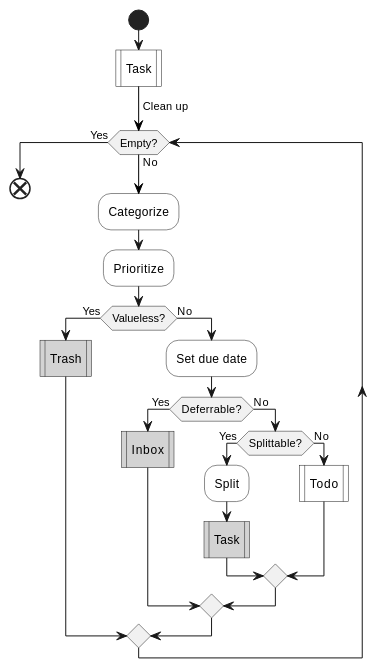
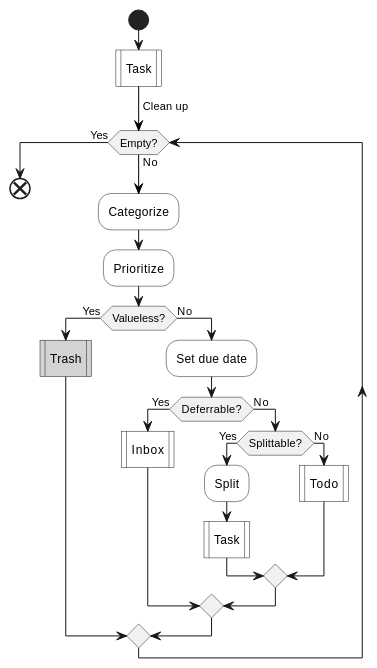
The second of 5 diagrams in lifelogs/rehabilitation.md (IceHe/icehe-lib), drawn with PlantUML before and after one commit. The commit also changed other lines of this file, not shown here.

````diff
--- a/lifelogs/rehabilitation.md
+++ b/lifelogs/rehabilitation.md
@@ -269,42 +275,43 @@
 ```plantuml
 @startuml
 start
 #white:Task|
 -[#black]-> Clean up;
 while (Empty?) is (No)
     #white:Categorize;
     #white:Prioritize;
     if (Valueless?) then (Yes)
         #lightGray:Trash|
         'if (Hesitate?) then (Yes)
         '    '#white:Rethink;
         '    #lightGray:Inbox|
         'else (No)
         '    '#white:Discard;
         '    #lightGray:Trash|
         'endif
     else (No)
         #white:Set due date;
         if (Deferrable?) then (Yes)
-            #lightGray:Inbox|
+            #white:Inbox|
             '#white:Defer;
             '#lightGray:Defer<
             'if (Tomorrow?) then (Yes)
             '    #lightGray:Task|
             'else (No)
             '    #lightGray:Event|
             'endif
         else (No)
             if (Splittable?) then (Yes)
                 #white:Split;
+                #white:Task|
                 'note right : SMART 法则
-                #lightGray:Task|
+                '#lightGray:Task|
             else (No)
                 #white:Todo|
             endif
         endif
     endif
 endwhile (Yes)
 end
 @enduml
 ```
````
